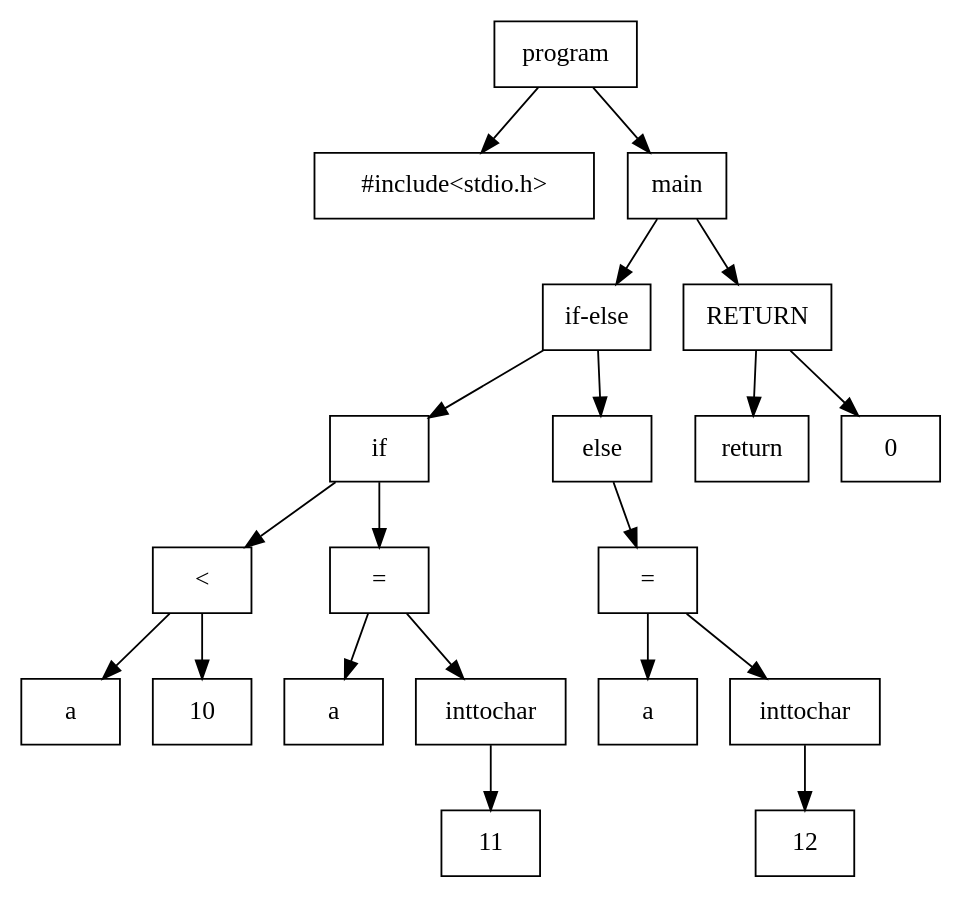
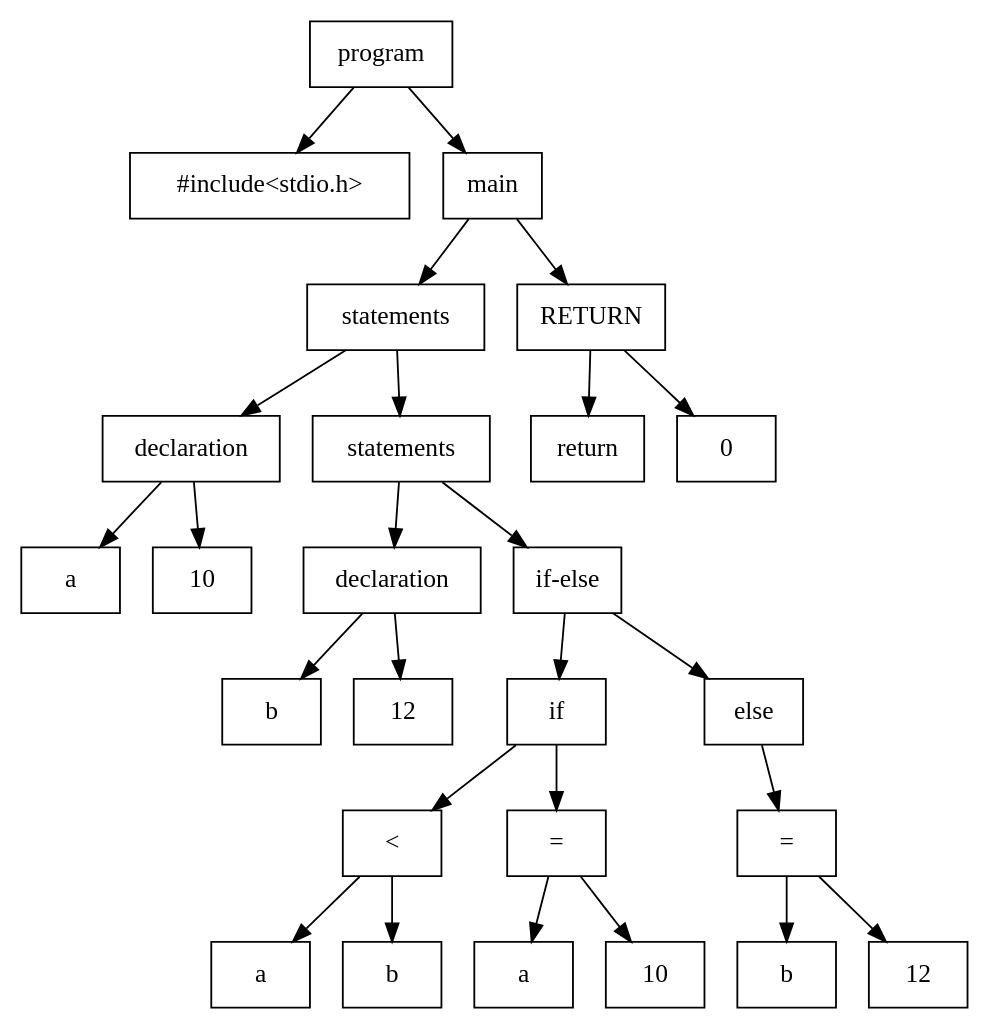
The diagram in src/parse_tree.dot (amansinghrp/C-Compiler-Insight), drawn with Graphviz before and after one commit. The commit also changed 112 other files, not shown here.

```diff
--- a/src/parse_tree.dot
+++ b/src/parse_tree.dot
@@ -1,42 +1,54 @@
 digraph ParseTree {
   node [shape=box];
-  "0x60d094ca6d30" [label="program"];
-  "0x60d094ca6d30" -> "0x60d094ca6570";
-  "0x60d094ca6570" [label="#include<stdio.h>"];
-  "0x60d094ca6d30" -> "0x60d094ca6cf0";
-  "0x60d094ca6cf0" [label="main"];
-  "0x60d094ca6cf0" -> "0x60d094ca6b30";
-  "0x60d094ca6b30" [label="if-else"];
-  "0x60d094ca6b30" -> "0x60d094ca6af0";
-  "0x60d094ca6af0" [label="if"];
-  "0x60d094ca6af0" -> "0x60d094ca6750";
-  "0x60d094ca6750" [label="<"];
-  "0x60d094ca6750" -> "0x60d094ca6670";
-  "0x60d094ca6670" [label="a"];
-  "0x60d094ca6750" -> "0x60d094ca6710";
-  "0x60d094ca6710" [label="10"];
-  "0x60d094ca6af0" -> "0x60d094ca68b0";
-  "0x60d094ca68b0" [label="="];
-  "0x60d094ca68b0" -> "0x60d094ca6830";
-  "0x60d094ca6830" [label="a"];
-  "0x60d094ca68b0" -> "0x60d094ca6870";
-  "0x60d094ca6870" [label="inttochar"];
-  "0x60d094ca6870" -> "0x60d094ca67f0";
-  "0x60d094ca67f0" [label="11"];
-  "0x60d094ca6b30" -> "0x60d094ca6ab0";
-  "0x60d094ca6ab0" [label="else"];
-  "0x60d094ca6ab0" -> "0x60d094ca6a70";
-  "0x60d094ca6a70" [label="="];
-  "0x60d094ca6a70" -> "0x60d094ca69f0";
-  "0x60d094ca69f0" [label="a"];
-  "0x60d094ca6a70" -> "0x60d094ca6a30";
-  "0x60d094ca6a30" [label="inttochar"];
-  "0x60d094ca6a30" -> "0x60d094ca69b0";
-  "0x60d094ca69b0" [label="12"];
-  "0x60d094ca6cf0" -> "0x60d094ca6cb0";
-  "0x60d094ca6cb0" [label="RETURN"];
-  "0x60d094ca6cb0" -> "0x60d094ca6c70";
-  "0x60d094ca6c70" [label="return"];
-  "0x60d094ca6cb0" -> "0x60d094ca6c30";
-  "0x60d094ca6c30" [label="0"];
+  "0x6127c8023f10" [label="program"];
+  "0x6127c8023f10" -> "0x6127c8023570";
+  "0x6127c8023570" [label="#include<stdio.h>"];
+  "0x6127c8023f10" -> "0x6127c8023ed0";
+  "0x6127c8023ed0" [label="main"];
+  "0x6127c8023ed0" -> "0x6127c8023d10";
+  "0x6127c8023d10" [label="statements"];
+  "0x6127c8023d10" -> "0x6127c8023750";
+  "0x6127c8023750" [label="declaration"];
+  "0x6127c8023750" -> "0x6127c8023710";
+  "0x6127c8023710" [label="a"];
+  "0x6127c8023750" -> "0x6127c80236d0";
+  "0x6127c80236d0" [label="10"];
+  "0x6127c8023d10" -> "0x6127c8023cd0";
+  "0x6127c8023cd0" [label="statements"];
+  "0x6127c8023cd0" -> "0x6127c80238d0";
+  "0x6127c80238d0" [label="declaration"];
+  "0x6127c80238d0" -> "0x6127c8023890";
+  "0x6127c8023890" [label="b"];
+  "0x6127c80238d0" -> "0x6127c8023850";
+  "0x6127c8023850" [label="12"];
+  "0x6127c8023cd0" -> "0x6127c8023c90";
+  "0x6127c8023c90" [label="if-else"];
+  "0x6127c8023c90" -> "0x6127c8023c50";
+  "0x6127c8023c50" [label="if"];
+  "0x6127c8023c50" -> "0x6127c80239f0";
+  "0x6127c80239f0" [label="<"];
+  "0x6127c80239f0" -> "0x6127c8023970";
+  "0x6127c8023970" [label="a"];
+  "0x6127c80239f0" -> "0x6127c80239b0";
+  "0x6127c80239b0" [label="b"];
+  "0x6127c8023c50" -> "0x6127c8023ab0";
+  "0x6127c8023ab0" [label="="];
+  "0x6127c8023ab0" -> "0x6127c8023a70";
+  "0x6127c8023a70" [label="a"];
+  "0x6127c8023ab0" -> "0x6127c8023a30";
+  "0x6127c8023a30" [label="10"];
+  "0x6127c8023c90" -> "0x6127c8023c10";
+  "0x6127c8023c10" [label="else"];
+  "0x6127c8023c10" -> "0x6127c8023bd0";
+  "0x6127c8023bd0" [label="="];
+  "0x6127c8023bd0" -> "0x6127c8023b90";
+  "0x6127c8023b90" [label="b"];
+  "0x6127c8023bd0" -> "0x6127c8023b50";
+  "0x6127c8023b50" [label="12"];
+  "0x6127c8023ed0" -> "0x6127c8023e90";
+  "0x6127c8023e90" [label="RETURN"];
+  "0x6127c8023e90" -> "0x6127c8023e50";
+  "0x6127c8023e50" [label="return"];
+  "0x6127c8023e90" -> "0x6127c8023e10";
+  "0x6127c8023e10" [label="0"];
 }
```
